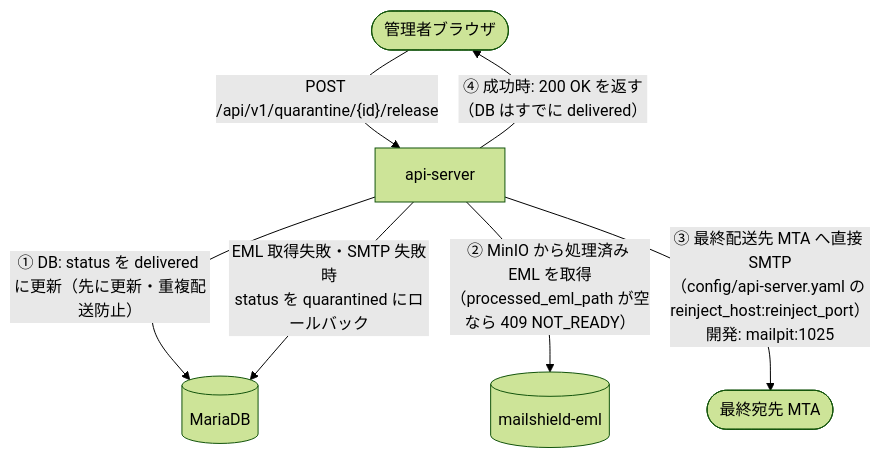
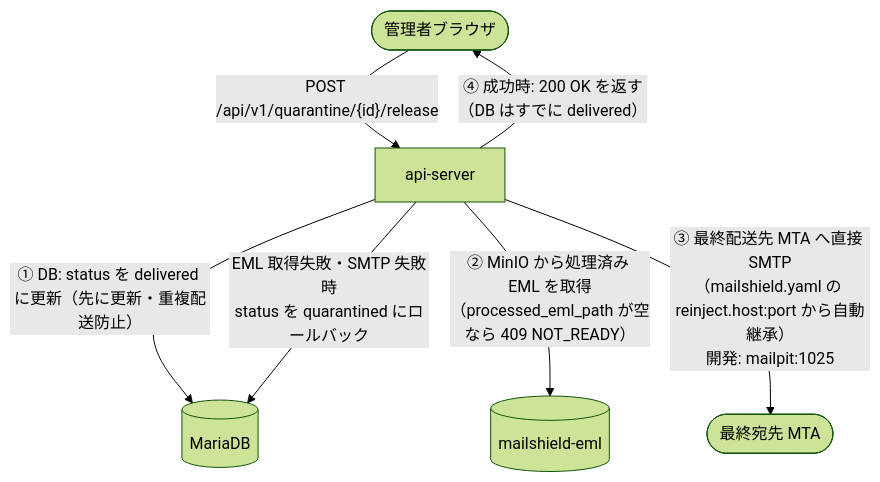
The third of 5 diagrams in docs/specs/mail-processing-flow.md (yumekui08/mailshield), drawn with Mermaid (forest theme) before and after one commit. The commit also changed 15 other files, not shown here.

````diff
--- a/docs/specs/mail-processing-flow.md
+++ b/docs/specs/mail-processing-flow.md
@@ -80,11 +80,11 @@
 ```mermaid
 flowchart TD
     Admin([管理者ブラウザ]) -->|"POST /api/v1/quarantine/{id}/release"| API[api-server]
 
     API -->|"① DB: status を delivered に更新（先に更新・重複配送防止）"| DB[(MariaDB)]
     API -->|"② MinIO から処理済み EML を取得\n（processed_eml_path が空なら 409 NOT_READY）"| MinIO[(mailshield-eml)]
-    API -->|"③ 最終配送先 MTA へ直接 SMTP\n（config/api-server.yaml の reinject_host:reinject_port）\n開発: mailpit:1025"| Dest([最終宛先 MTA])
+    API -->|"③ 最終配送先 MTA へ直接 SMTP\n（mailshield.yaml の reinject.host:port から自動継承）\n開発: mailpit:1025"| Dest([最終宛先 MTA])
 
     API -->|"EML 取得失敗・SMTP 失敗時\nstatus を quarantined にロールバック"| DB
     API -->|"④ 成功時: 200 OK を返す\n（DB はすでに delivered）"| Admin
 ```
````
